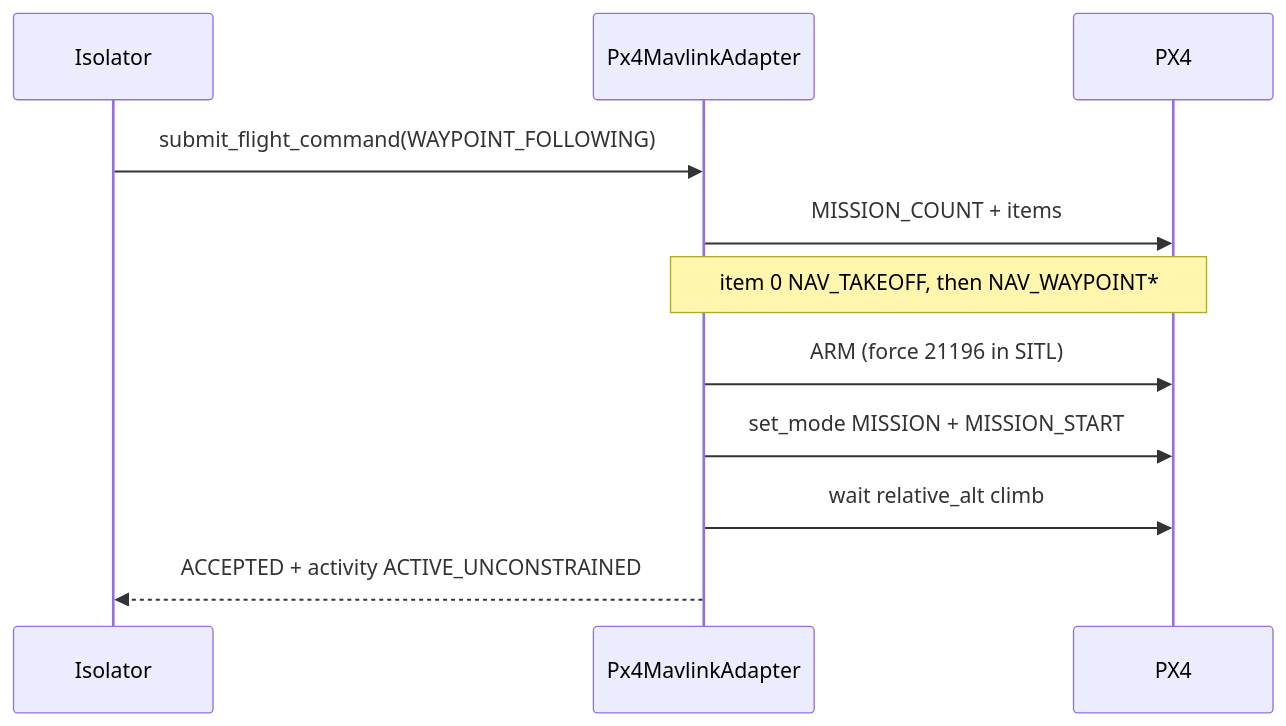
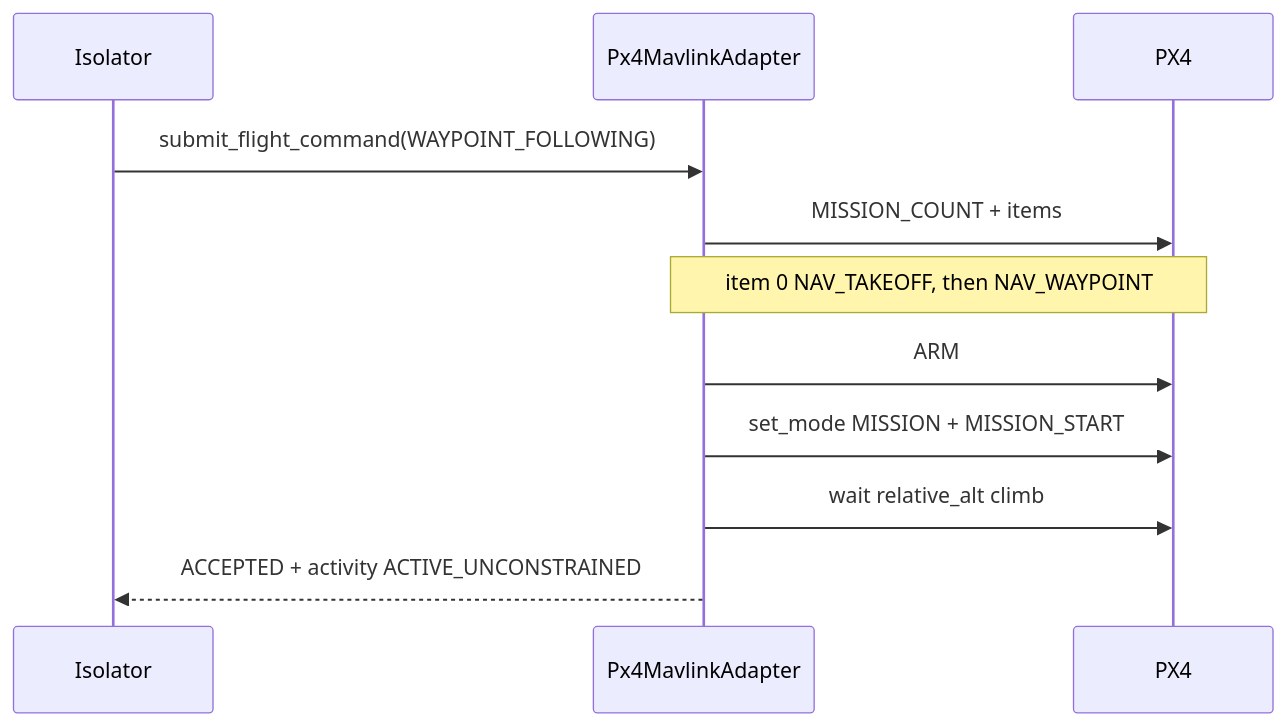
Before and after one commit to OpenAutonomy/open-vi: the second of 2 diagrams in docs/PX4.md, drawn with Mermaid. The commit also changed other lines of this file and 22 other files, not shown here.

````diff
--- a/docs/PX4.md
+++ b/docs/PX4.md
@@ -83,14 +69,14 @@
 ```mermaid
 sequenceDiagram
   participant Iso as Isolator
   participant Px4 as Px4MavlinkAdapter
   participant FC as PX4
 
   Iso->>Px4: submit_flight_command(WAYPOINT_FOLLOWING)
   Px4->>FC: MISSION_COUNT + items
-  Note over Px4,FC: item 0 NAV_TAKEOFF, then NAV_WAYPOINT*
-  Px4->>FC: ARM (force 21196 in SITL)
+  Note over Px4,FC: item 0 NAV_TAKEOFF, then NAV_WAYPOINT
+  Px4->>FC: ARM
   Px4->>FC: set_mode MISSION + MISSION_START
   Px4->>FC: wait relative_alt climb
   Px4-->>Iso: ACCEPTED + activity ACTIVE_UNCONSTRAINED
 ```
````
